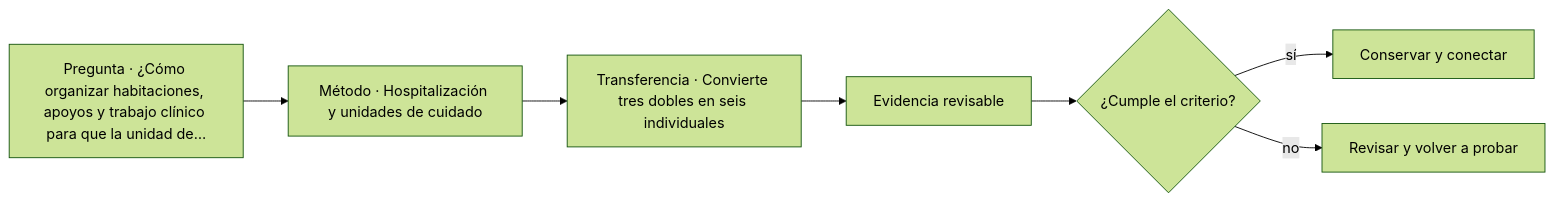
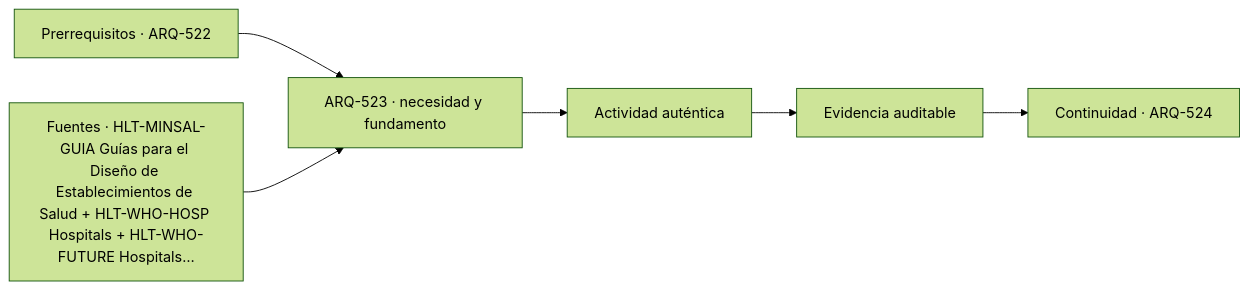
The diagram in classes/parte-53/ARQ-523.md (vladimiracunadev-create/architecture-built-environment-learning-program), drawn with Mermaid (forest theme) before and after one commit. The commit also changed other lines of this file and 761 other files, not shown here.

````diff
--- a/classes/parte-53/ARQ-523.md
+++ b/classes/parte-53/ARQ-523.md
@@ -91,9 +103,8 @@
 ```mermaid
 flowchart LR
-    Q["Pregunta · ¿Cómo organizar habitaciones, apoyos y trabajo clínico para que la unidad de…"] --> M["Método · Hospitalización y unidades de cuidado"]
-    M --> P["Transferencia · Convierte tres dobles en seis individuales"]
-    P --> E["Evidencia revisable"]
-    E --> C{"¿Cumple el criterio?"}
-    C -->|sí| T["Conservar y conectar"]
-    C -->|no| R["Revisar y volver a probar"]
+    A["Prerrequisitos · ARQ-522"] --> B["ARQ-523 · necesidad y fundamento"]
+    S["Fuentes · HLT-MINSAL-GUIA Guías para el Diseño de Establecimientos de Salud + HLT-WHO-HOSP Hospitals + HLT-WHO-FUTURE Hospitals…"] --> B
+    B --> C["Actividad auténtica"]
+    C --> D["Evidencia auditable"]
+    D --> E["Continuidad · ARQ-524"]
 ```
````
